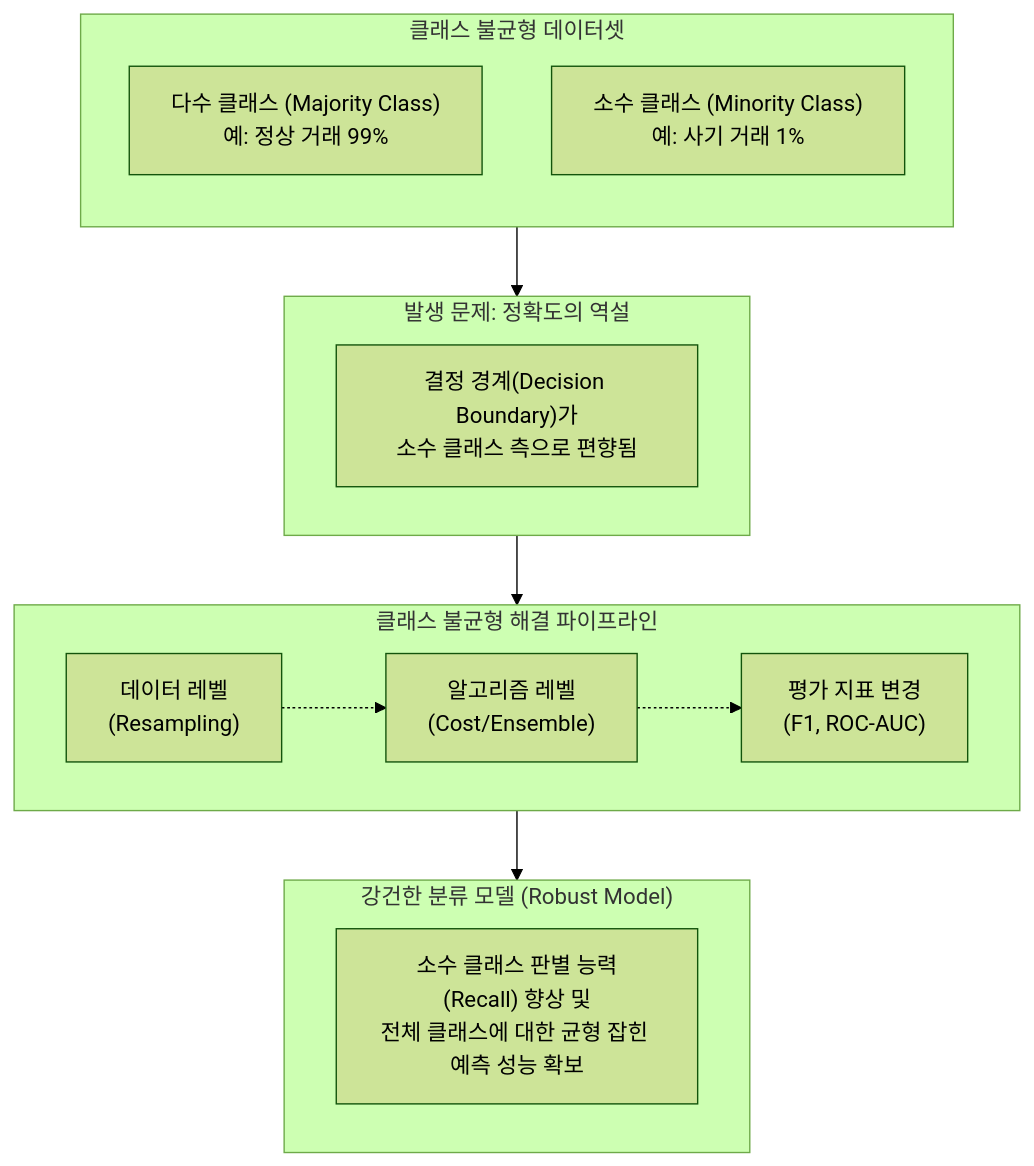
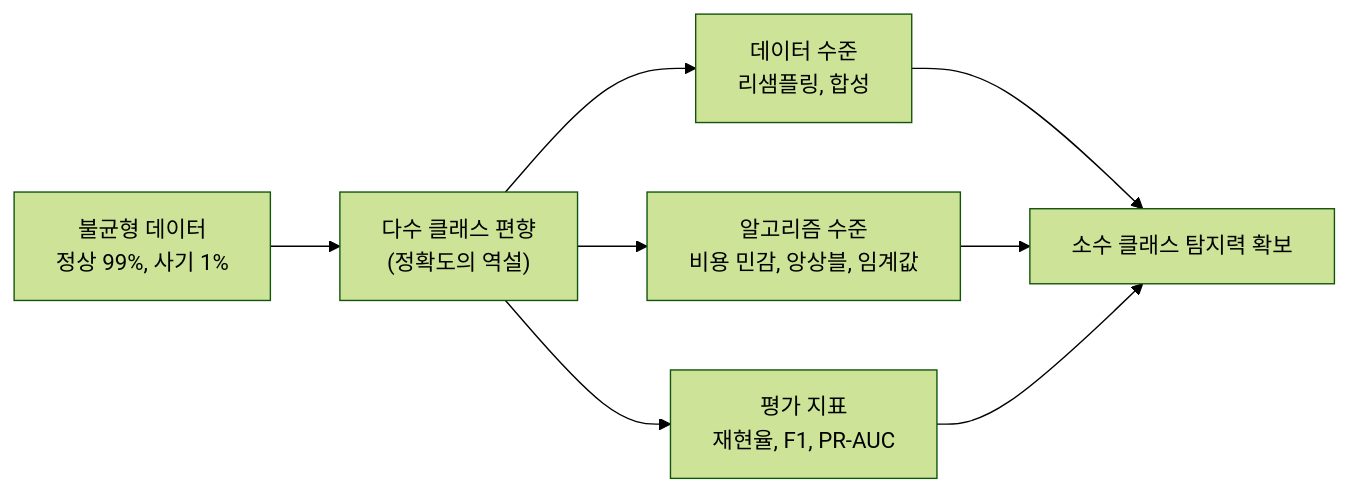
The diagram in content/01_IT Tech/클래스 불균형.md (supremethumb/supremethumb.github.io), drawn with Mermaid (forest theme) before and after one commit. The commit also changed other lines of this file and 1087 other files, not shown here.

````diff
--- a/content/01_IT Tech/클래스 불균형.md
+++ b/content/01_IT Tech/클래스 불균형.md
@@ -23,30 +35,8 @@
 ```mermaid
-flowchart TB
-    subgraph Imbalanced_Dataset["클래스 불균형 데이터셋"]
-        direction TB
-        Maj["다수 클래스 (Majority Class)<br/>예: 정상 거래 99%"]
-        Min["소수 클래스 (Minority Class)<br/>예: 사기 거래 1%"]
-    end
-
-    subgraph Problem["발생 문제: 정확도의 역설"]
-        direction LR
-        Bias["결정 경계(Decision Boundary)가<br/>소수 클래스 측으로 편향됨"]
-    end
-
-    subgraph Mitigation_Strategies["클래스 불균형 해결 파이프라인"]
-        direction LR
-        Data["데이터 레벨<br/>(Resampling)"]
-        Algo["알고리즘 레벨<br/>(Cost/Ensemble)"]
-        Eval["평가 지표 변경<br/>(F1, ROC-AUC)"]
-    end
-
-    subgraph Robust_Model["강건한 분류 모델 (Robust Model)"]
-        Model["소수 클래스 판별 능력(Recall) 향상 및<br/>전체 클래스에 대한 균형 잡힌 예측 성능 확보"]
-    end
-
-    Imbalanced_Dataset --> Problem
-    Problem --> Mitigation_Strategies
-    Data -.-> Algo -.-> Eval
-    Mitigation_Strategies --> Robust_Model
-
+flowchart LR
+    D["불균형 데이터<br/>정상 99%, 사기 1%"] --> P["다수 클래스 편향<br/>(정확도의 역설)"]
+    P --> DL["데이터 수준<br/>리샘플링, 합성"]
+    P --> AL["알고리즘 수준<br/>비용 민감, 앙상블, 임계값"]
+    P --> EV["평가 지표<br/>재현율, F1, PR-AUC"]
+    DL & AL & EV --> M["소수 클래스 탐지력 확보"]
 ```
````
